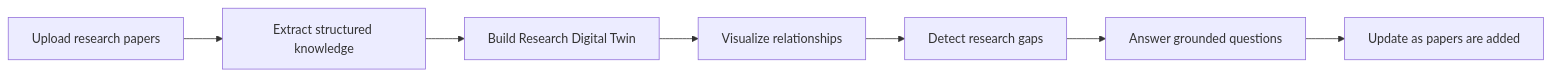
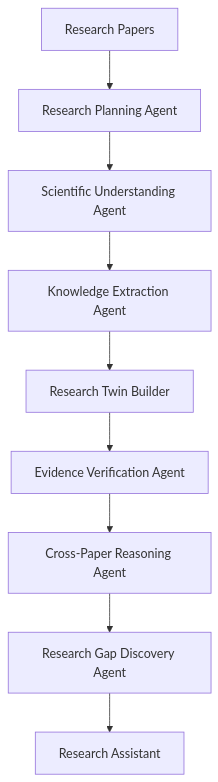
Before and after one commit to farahalmujaljel/Burhan: the first of 3 diagrams in docs/FARQ_EXECUTION_PROPOSAL.md, drawn with Mermaid. The commit also changed other lines of this file and 9 other files, not shown here.

First line of the commit message:
Add comprehensive documentation for Burhan's architecture, methodology, and competitive analysis

````diff
--- a/docs/FARQ_EXECUTION_PROPOSAL.md
+++ b/docs/FARQ_EXECUTION_PROPOSAL.md
@@ -58,9 +70,14 @@
 ```mermaid
-flowchart LR
-    A[Upload research papers] --> B[Extract structured knowledge]
-    B --> C[Build Research Digital Twin]
-    C --> D[Visualize relationships]
-    D --> E[Detect research gaps]
-    E --> F[Answer grounded questions]
-    F --> G[Update as papers are added]
+flowchart TD
+    A[Research Papers]
+    B[Research Planning Agent]
+    C[Scientific Understanding Agent]
+    D[Knowledge Extraction Agent]
+    E[Research Twin Builder]
+    F[Evidence Verification Agent]
+    G[Cross-Paper Reasoning Agent]
+    H[Research Gap Discovery Agent]
+    I[Research Assistant]
+
+    A --> B --> C --> D --> E --> F --> G --> H --> I
 ```
````
